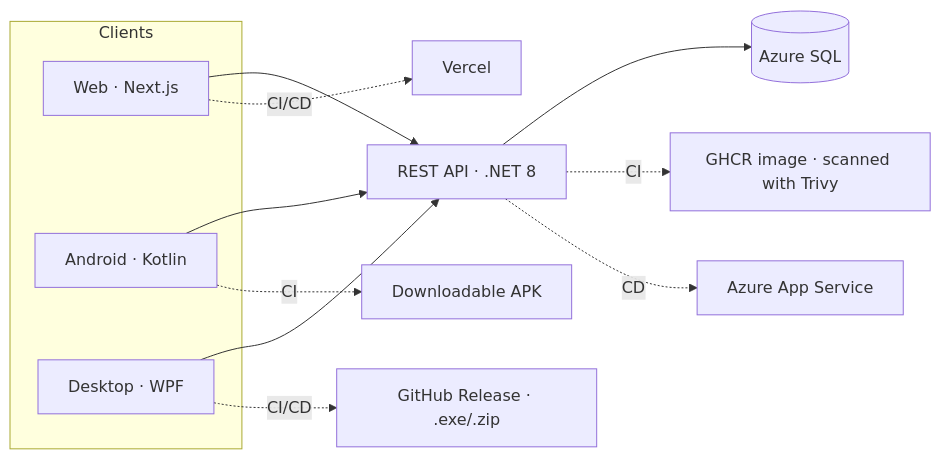
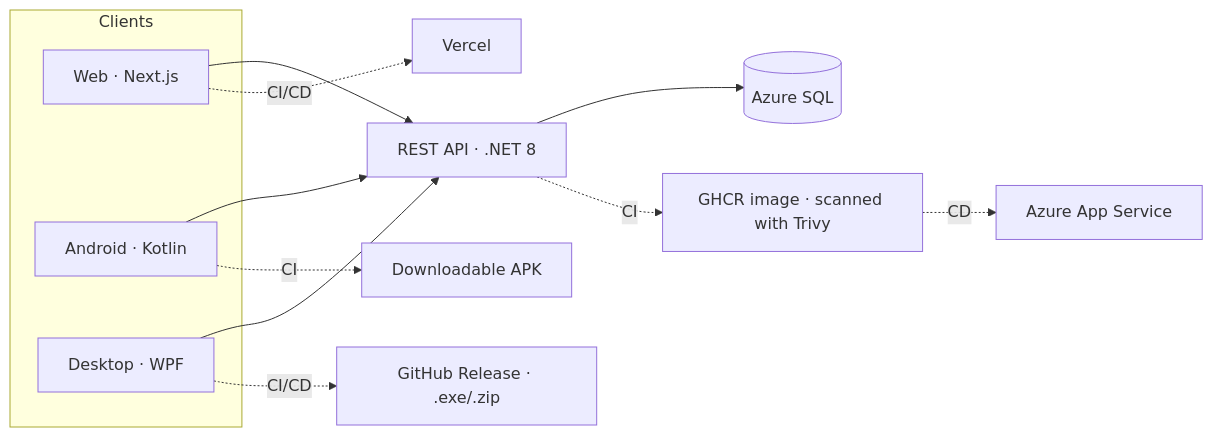
Before and after one commit to antonicr1986/antonicr1986: the diagram in README.en.md, drawn with Mermaid. The commit also changed other lines of this file and 1 other file, not shown here.

Commit message:
Show Azure running the scanned GHCR image

````diff
--- a/README.en.md
+++ b/README.en.md
@@ -30,22 +30,22 @@
 ```mermaid
 flowchart LR
     subgraph Clients
         WEB[Web · Next.js]
         AND[Android · Kotlin]
         DESK[Desktop · WPF]
     end
 
     API[REST API · .NET 8]
     DB[(Azure SQL)]
 
     WEB --> API
     AND --> API
     DESK --> API
     API --> DB
 
     API -. CI .-> GHCR[GHCR image · scanned with Trivy]
-    API -. CD .-> AZ[Azure App Service]
+    GHCR -. CD .-> AZ[Azure App Service]
     WEB -. CI/CD .-> VER[Vercel]
     AND -. CI .-> APK[Downloadable APK]
     DESK -. CI/CD .-> REL[GitHub Release · .exe/.zip]
 ```
````
